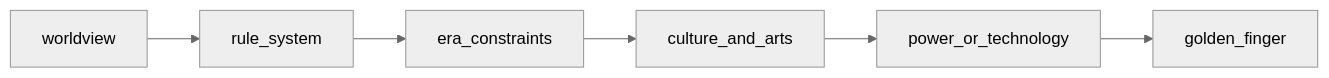
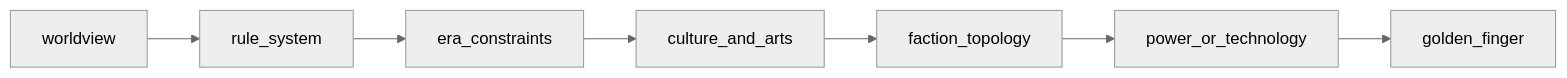
The third of 3 diagrams in .agents/skills/story/1-Cards/全局卡/SKILL.md (ZEN-VOID/AI-CUT), drawn with Mermaid (neutral theme) before and after one commit. The commit also changed other lines of this file and 281 other files, not shown here.

````diff
--- a/.agents/skills/story/1-Cards/全局卡/SKILL.md
+++ b/.agents/skills/story/1-Cards/全局卡/SKILL.md
@@ -93,8 +93,9 @@
 ```mermaid
 flowchart LR
     A["worldview"] --> B["rule_system"]
     B --> C["era_constraints"]
     C --> D["culture_and_arts"]
-    D --> E["power_or_technology"]
-    E --> F["golden_finger"]
+    D --> E["faction_topology"]
+    E --> F["power_or_technology"]
+    F --> G["golden_finger"]
 ```
````
